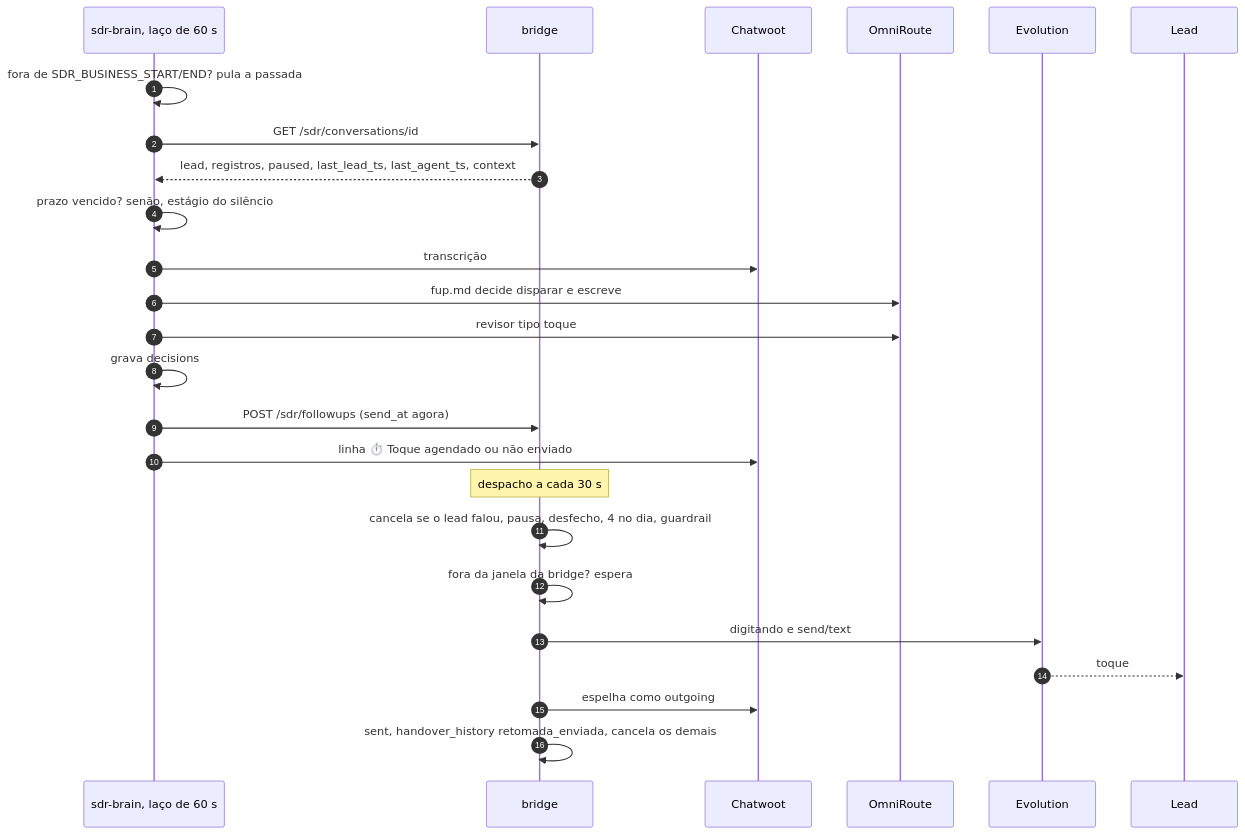
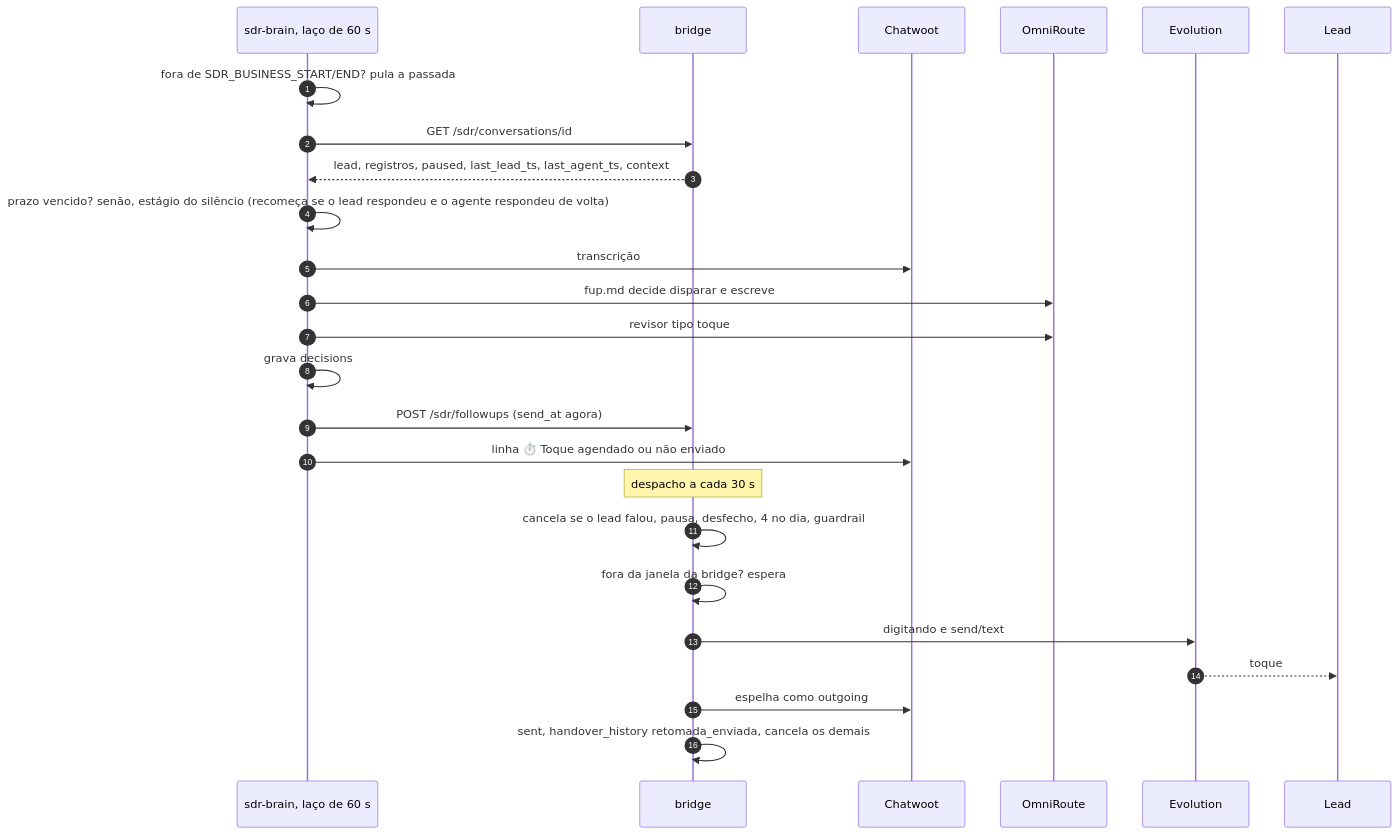
Before and after one commit to tallessouza/agente-whatsapp: the fourth of 5 diagrams in docs/CICLO-DE-VIDA.md, drawn with Mermaid. The commit also changed other lines of this file and 19 other files, not shown here.

````diff
--- a/docs/CICLO-DE-VIDA.md
+++ b/docs/CICLO-DE-VIDA.md
@@ -370,28 +375,28 @@
 ```mermaid
 sequenceDiagram
     autonumber
     participant SB as sdr-brain, laço de 60 s
     participant BR as bridge
     participant CW as Chatwoot
     participant OR as OmniRoute
     participant EVO as Evolution
     participant L as Lead
 
     SB->>SB: fora de SDR_BUSINESS_START/END? pula a passada
     SB->>BR: GET /sdr/conversations/id
     BR-->>SB: lead, registros, paused, last_lead_ts, last_agent_ts, context
-    SB->>SB: prazo vencido? senão, estágio do silêncio
+    SB->>SB: prazo vencido? senão, estágio do silêncio (recomeça se o lead respondeu e o agente respondeu de volta)
     SB->>CW: transcrição
     SB->>OR: fup.md decide disparar e escreve
     SB->>OR: revisor tipo toque
     SB->>SB: grava decisions
     SB->>BR: POST /sdr/followups (send_at agora)
     SB->>CW: linha ⏱️ Toque agendado ou não enviado
     Note over BR: despacho a cada 30 s
     BR->>BR: cancela se o lead falou, pausa, desfecho, 4 no dia, guardrail
     BR->>BR: fora da janela da bridge? espera
     BR->>EVO: digitando e send/text
     EVO-->>L: toque
     BR->>CW: espelha como outgoing
     BR->>BR: sent, handover_history retomada_enviada, cancela os demais
 ```
````
